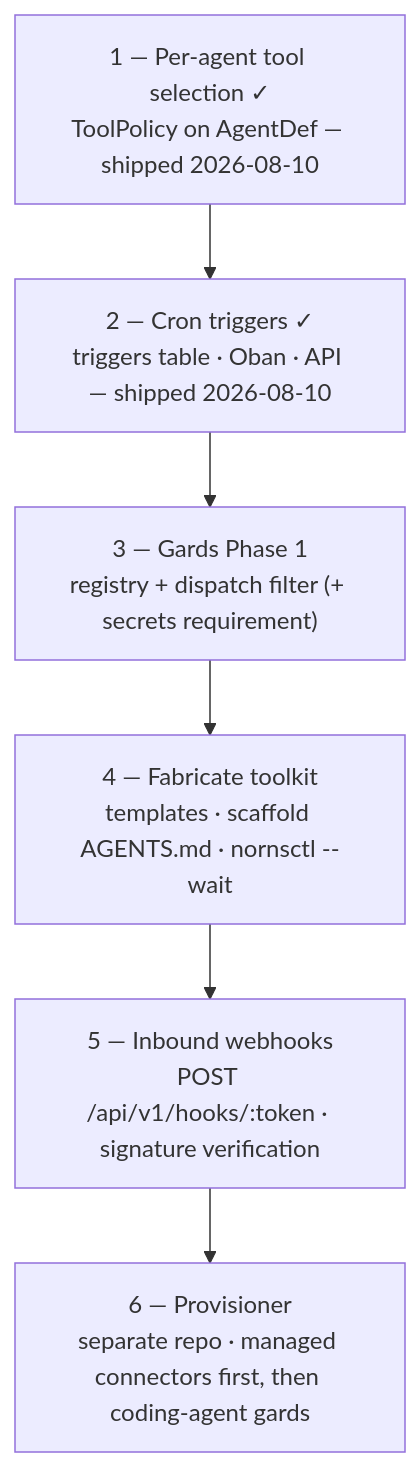
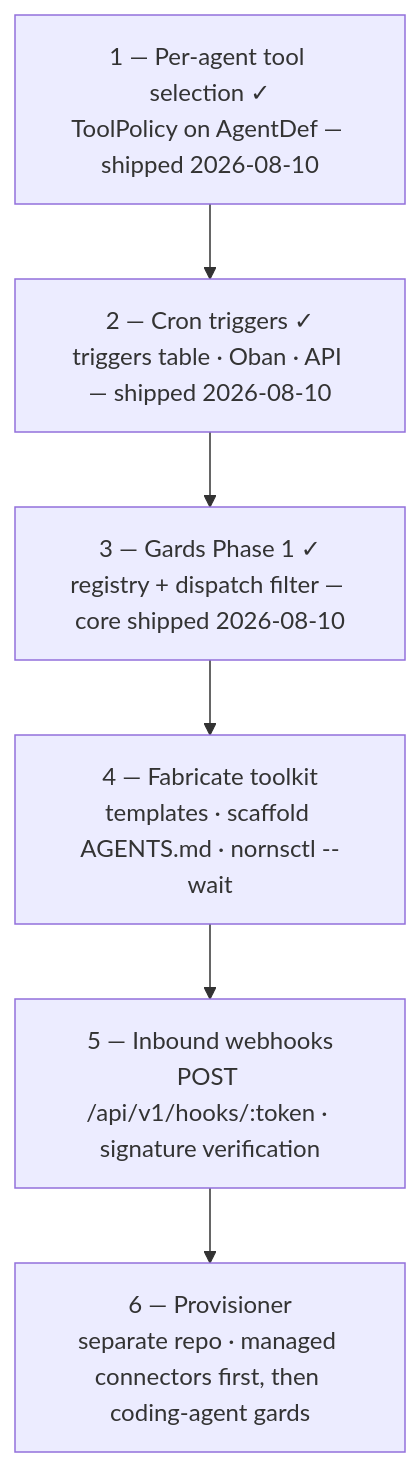
The diagram in docs/roadmap.md (amackera/norns), drawn with Mermaid before and after one commit. The commit also changed other lines of this file and 25 other files, not shown here.

First line of the commit message:
Add gards Phase 1: worker affinity via registry + strict dispatch filter

````diff
--- a/docs/roadmap.md
+++ b/docs/roadmap.md
@@ -54,10 +54,10 @@
 ```mermaid
 flowchart TB
     A["1 — Per-agent tool selection ✓<br/>ToolPolicy on AgentDef — shipped 2026-08-10"]
     B["2 — Cron triggers ✓<br/>triggers table · Oban · API — shipped 2026-08-10"]
-    C["3 — Gards Phase 1<br/>registry + dispatch filter (+ secrets requirement)"]
+    C["3 — Gards Phase 1 ✓<br/>registry + dispatch filter — core shipped 2026-08-10"]
     D["4 — Fabricate toolkit<br/>templates · scaffold AGENTS.md · nornsctl --wait"]
     E["5 — Inbound webhooks<br/>POST /api/v1/hooks/:token · signature verification"]
     F["6 — Provisioner<br/>separate repo · managed connectors first, then coding-agent gards"]
     A --> B --> C --> D --> E --> F
 ```
````
